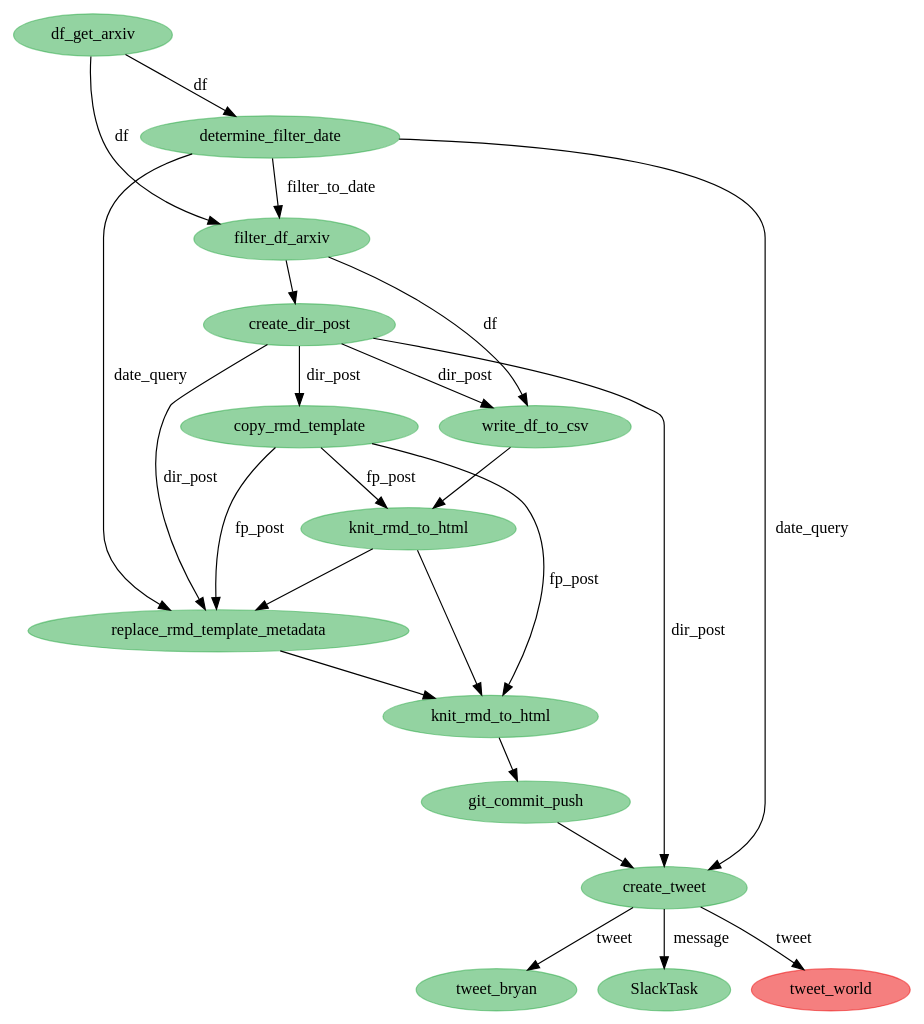
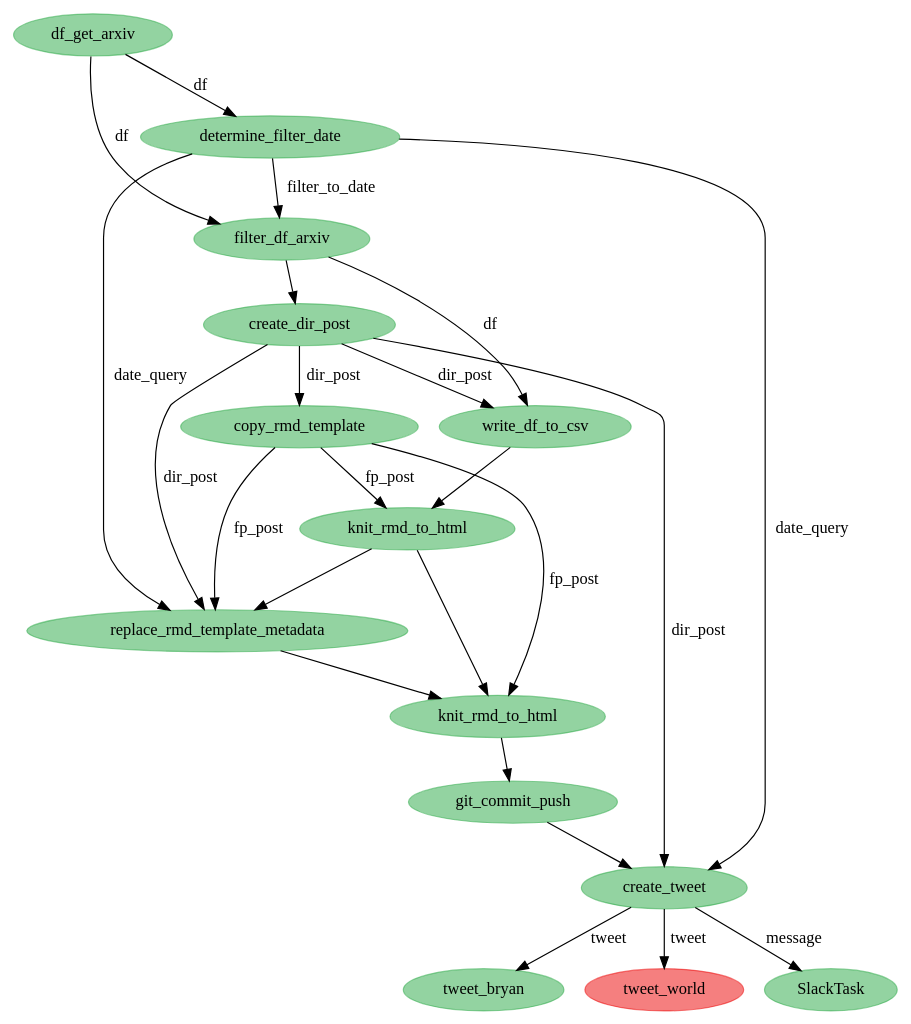
One commit to bryanwhiting/ds-arxiv changed the diagram in python/state-viz.dot. Above: the diagram before and after it, drawn with Graphviz. The commit also changed 7 other files, not shown here.

```diff
--- a/python/state-viz.dot
+++ b/python/state-viz.dot
@@ -1,39 +1,39 @@
 digraph {
-	4533758608 [label=tweet_bryan color="#28a74580" colorscheme=svg shape=ellipse style=filled]
-	4533757712 [label=create_tweet color="#28a74580" colorscheme=svg shape=ellipse style=filled]
-	4533759248 [label=SlackTask color="#28a74580" colorscheme=svg shape=ellipse style=filled]
-	4533758864 [label=tweet_world color="#eb000080" colorscheme=svg shape=ellipse style=filled]
-	4533731408 [label=df_get_arxiv color="#28a74580" colorscheme=svg shape=ellipse style=filled]
-	4533677840 [label=filter_df_arxiv color="#28a74580" colorscheme=svg shape=ellipse style=filled]
-	4533677648 [label=determine_filter_date color="#28a74580" colorscheme=svg shape=ellipse style=filled]
-	4533731984 [label=create_dir_post color="#28a74580" colorscheme=svg shape=ellipse style=filled]
-	4533732496 [label=write_df_to_csv color="#28a74580" colorscheme=svg shape=ellipse style=filled]
-	4533733456 [label=copy_rmd_template color="#28a74580" colorscheme=svg shape=ellipse style=filled]
-	4533733712 [label=knit_rmd_to_html color="#28a74580" colorscheme=svg shape=ellipse style=filled]
-	4533734416 [label=replace_rmd_template_metadata color="#28a74580" colorscheme=svg shape=ellipse style=filled]
-	4533756176 [label=knit_rmd_to_html color="#28a74580" colorscheme=svg shape=ellipse style=filled]
-	4533757072 [label=git_commit_push color="#28a74580" colorscheme=svg shape=ellipse style=filled]
-	4533733456 -> 4533734416 [label=fp_post]
-	4533733456 -> 4533756176 [label=fp_post]
-	4533731984 -> 4533733456 [label=dir_post]
-	4533731408 -> 4533677840 [label=df]
-	4533757712 -> 4533758608 [label=tweet]
-	4533757712 -> 4533758864 [label=tweet]
-	4533732496 -> 4533733712
-	4533733712 -> 4533734416
-	4533733712 -> 4533756176
-	4533733456 -> 4533733712 [label=fp_post]
-	4533757712 -> 4533759248 [label=message]
-	4533731984 -> 4533732496 [label=dir_post]
-	4533731984 -> 4533734416 [label=dir_post]
-	4533731984 -> 4533757712 [label=dir_post]
-	4533677648 -> 4533734416 [label=date_query]
-	4533677648 -> 4533757712 [label=date_query]
-	4533731408 -> 4533677648 [label=df]
-	4533677840 -> 4533732496 [label=df]
-	4533677840 -> 4533731984
-	4533734416 -> 4533756176
-	4533756176 -> 4533757072
-	4533757072 -> 4533757712
-	4533677648 -> 4533677840 [label=filter_to_date]
+	4738676432 [label=tweet_bryan color="#28a74580" colorscheme=svg shape=ellipse style=filled]
+	4738675536 [label=create_tweet color="#28a74580" colorscheme=svg shape=ellipse style=filled]
+	4738676688 [label=tweet_world color="#eb000080" colorscheme=svg shape=ellipse style=filled]
+	4738595920 [label=df_get_arxiv color="#28a74580" colorscheme=svg shape=ellipse style=filled]
+	4738596496 [label=create_dir_post color="#28a74580" colorscheme=svg shape=ellipse style=filled]
+	4738595664 [label=filter_df_arxiv color="#28a74580" colorscheme=svg shape=ellipse style=filled]
+	4738595472 [label=determine_filter_date color="#28a74580" colorscheme=svg shape=ellipse style=filled]
+	4738654416 [label=write_df_to_csv color="#28a74580" colorscheme=svg shape=ellipse style=filled]
+	4738655376 [label=copy_rmd_template color="#28a74580" colorscheme=svg shape=ellipse style=filled]
+	4738655632 [label=knit_rmd_to_html color="#28a74580" colorscheme=svg shape=ellipse style=filled]
+	4738656336 [label=replace_rmd_template_metadata color="#28a74580" colorscheme=svg shape=ellipse style=filled]
+	4738657552 [label=knit_rmd_to_html color="#28a74580" colorscheme=svg shape=ellipse style=filled]
+	4738674896 [label=git_commit_push color="#28a74580" colorscheme=svg shape=ellipse style=filled]
+	4738677072 [label=SlackTask color="#28a74580" colorscheme=svg shape=ellipse style=filled]
+	4738595920 -> 4738595472 [label=df]
+	4738655376 -> 4738656336 [label=fp_post]
+	4738596496 -> 4738655376 [label=dir_post]
+	4738675536 -> 4738677072 [label=message]
+	4738595664 -> 4738596496
+	4738595472 -> 4738675536 [label=date_query]
+	4738654416 -> 4738655632
+	4738595472 -> 4738656336 [label=date_query]
+	4738655632 -> 4738656336
+	4738656336 -> 4738657552
+	4738657552 -> 4738674896
+	4738675536 -> 4738676432 [label=tweet]
+	4738675536 -> 4738676688 [label=tweet]
+	4738595920 -> 4738595664 [label=df]
+	4738595664 -> 4738654416 [label=df]
+	4738655376 -> 4738655632 [label=fp_post]
+	4738655376 -> 4738657552 [label=fp_post]
+	4738595472 -> 4738595664 [label=filter_to_date]
+	4738596496 -> 4738654416 [label=dir_post]
+	4738596496 -> 4738656336 [label=dir_post]
+	4738596496 -> 4738675536 [label=dir_post]
+	4738655632 -> 4738657552
+	4738674896 -> 4738675536
 }
```
